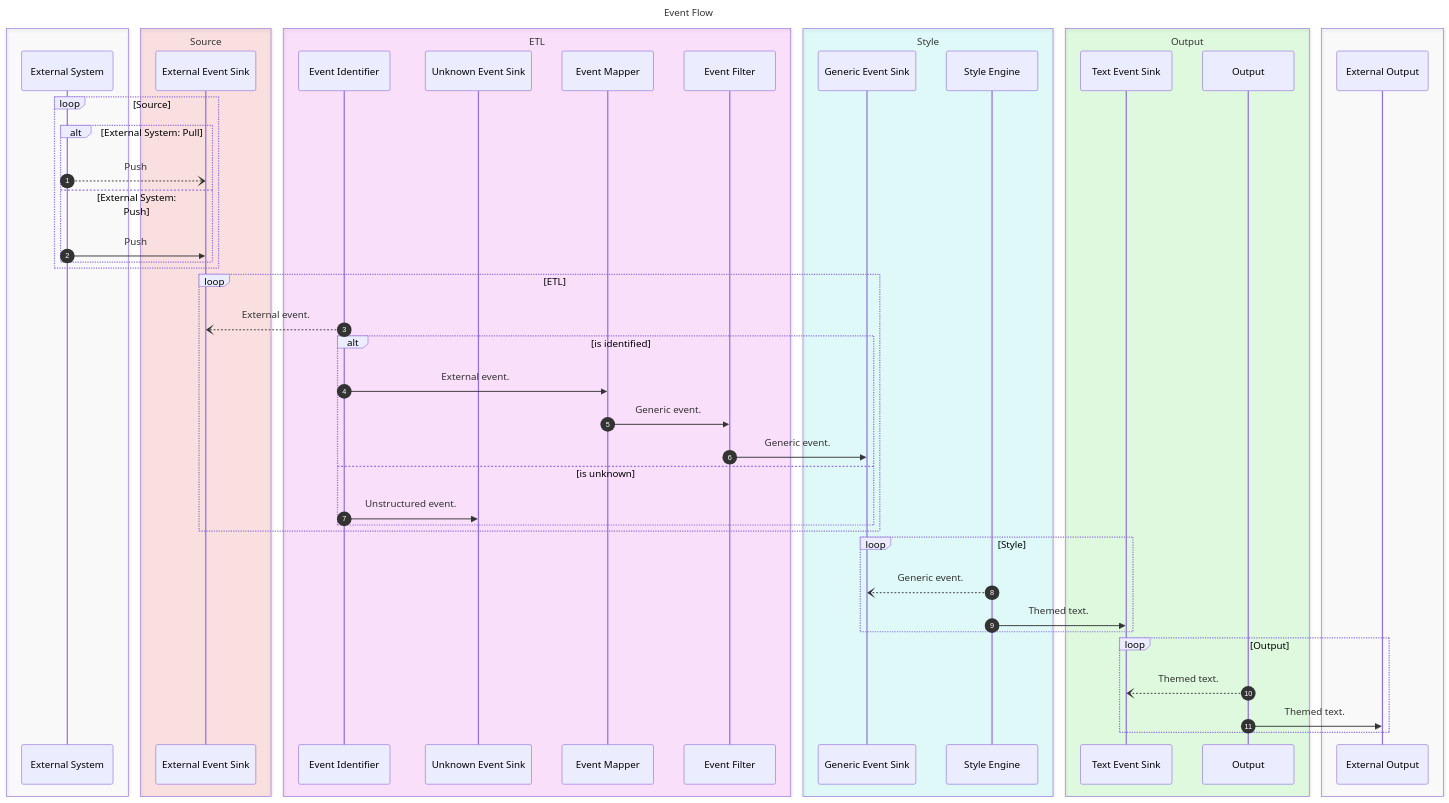
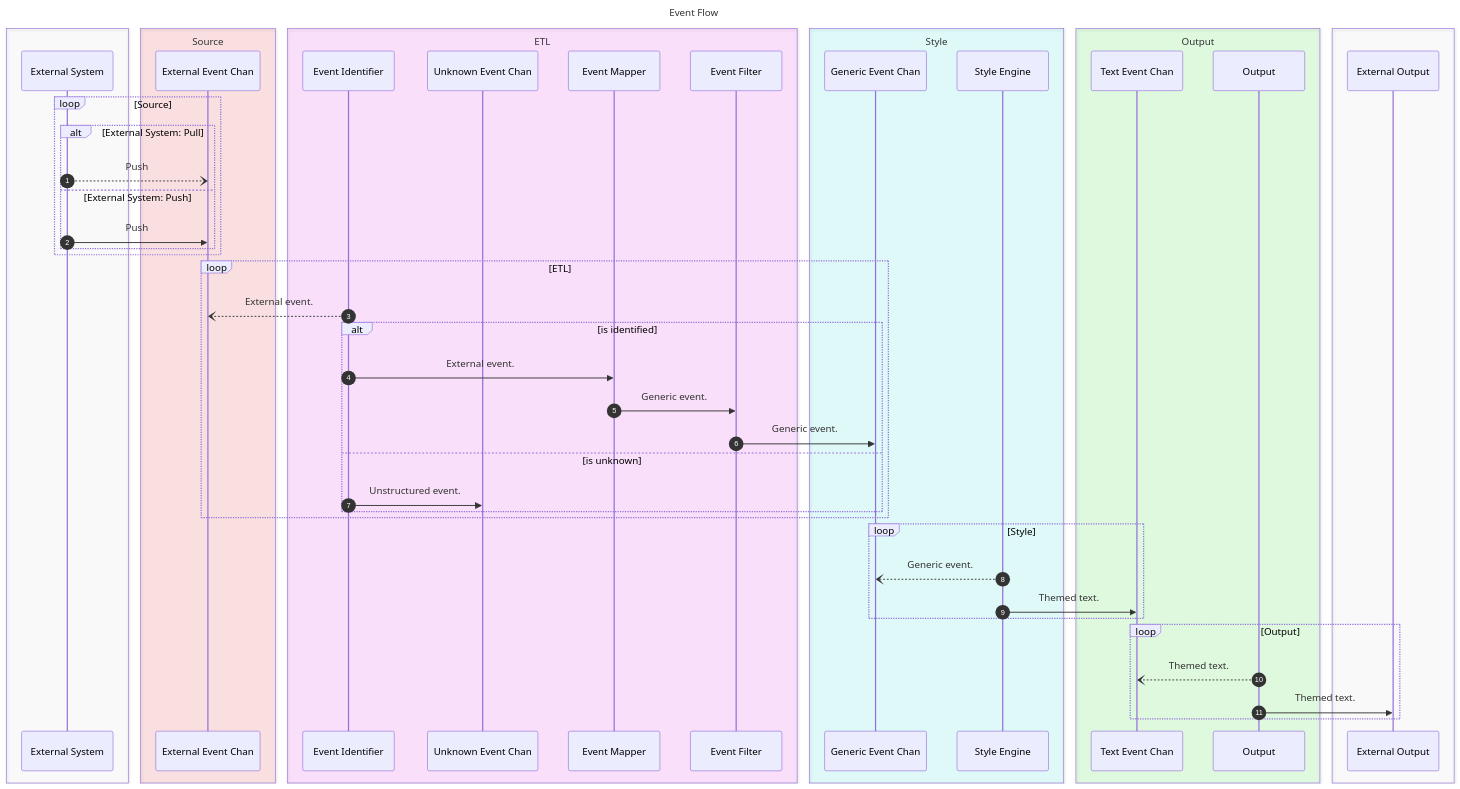
The diagram in manual/pages/100__flow.md (pandich/couture), drawn with Mermaid before and after one commit. The commit also changed other lines of this file and 15 other files, not shown here.

````diff
--- a/manual/pages/100__flow.md
+++ b/manual/pages/100__flow.md
@@ -7,64 +9,64 @@
 ```mermaid
 sequenceDiagram
 	autonumber
 	title Event Flow
 
 	box rgba(255, 255, 255, .1)
 		participant External System
 	end
 
 	box rgba(255, 0, 0, .1) Source
-		participant External Event Sink
+		participant External Event Chan
 	end
 
 	box rgba(255, 0, 255, .1) ETL
 		participant Event Identifier
-		participant Unknown Event Sink
+		participant Unknown Event Chan
 		participant Event Mapper
 		participant Event Filter
 	end
 
 	box rgba(0, 255, 255, .1) Style
-		participant Generic Event Sink
+		participant Generic Event Chan
 		participant Style Engine
 	end
 
 	box rgba(0, 255, 0, .1) Output
-		participant Text Event Sink
+		participant Text Event Chan
 		participant Output
 	end
 
 	box rgba(255, 255, 255, .1)
 		participant External Output
 	end
 
 	loop Source
 		alt External System: Pull
-			External System --) External Event Sink: Push
+			External System --) External Event Chan: Push
 		else External System: Push
-			External System ->> External Event Sink: Push
+			External System ->> External Event Chan: Push
 		end
 	end
 
 	loop ETL
-		Event Identifier --) External Event Sink: External event.
+		Event Identifier --) External Event Chan: External event.
 		alt is identified
 			Event Identifier ->> Event Mapper: External event.
 			Event Mapper ->> Event Filter: Generic event.
-			Event Filter ->> Generic Event Sink: Generic event.
-			destroy Unknown Event Sink
+			Event Filter ->> Generic Event Chan: Generic event.
+			destroy Unknown Event Chan
 		else is unknown
-			Event Identifier ->> Unknown Event Sink: Unstructured event.
+			Event Identifier ->> Unknown Event Chan: Unstructured event.
 		end
 	end
 
 	loop Style
-		Style Engine --) Generic Event Sink: Generic event.
-		Style Engine ->> Text Event Sink: Themed text.
+		Style Engine --) Generic Event Chan: Generic event.
+		Style Engine ->> Text Event Chan: Themed text.
 	end
 
 	loop Output
-		Output --) Text Event Sink: Themed text.
+		Output --) Text Event Chan: Themed text.
 		Output ->> External Output: Themed text.
 	end
 ```
````
